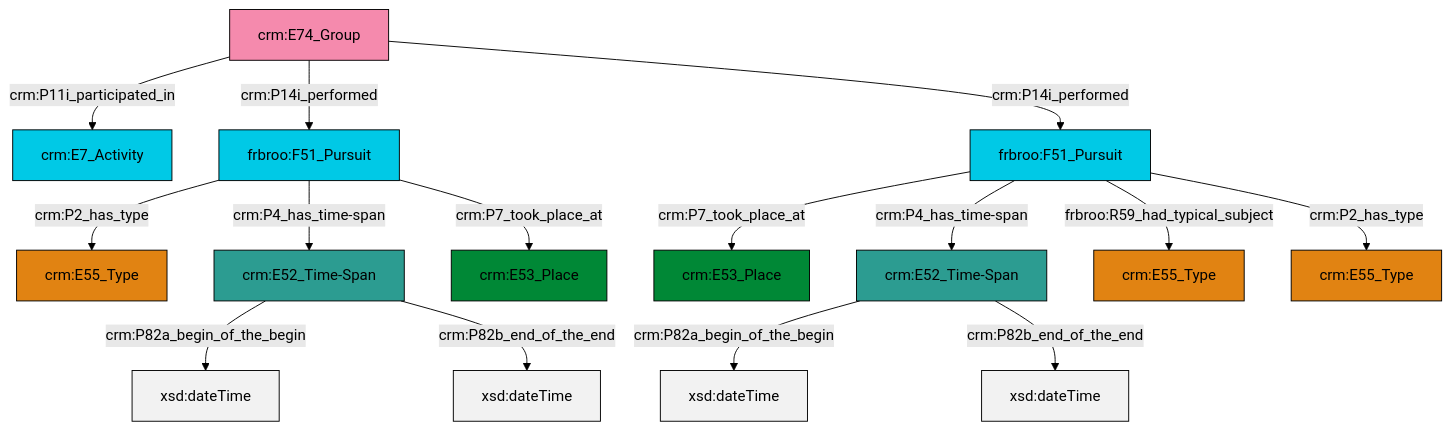
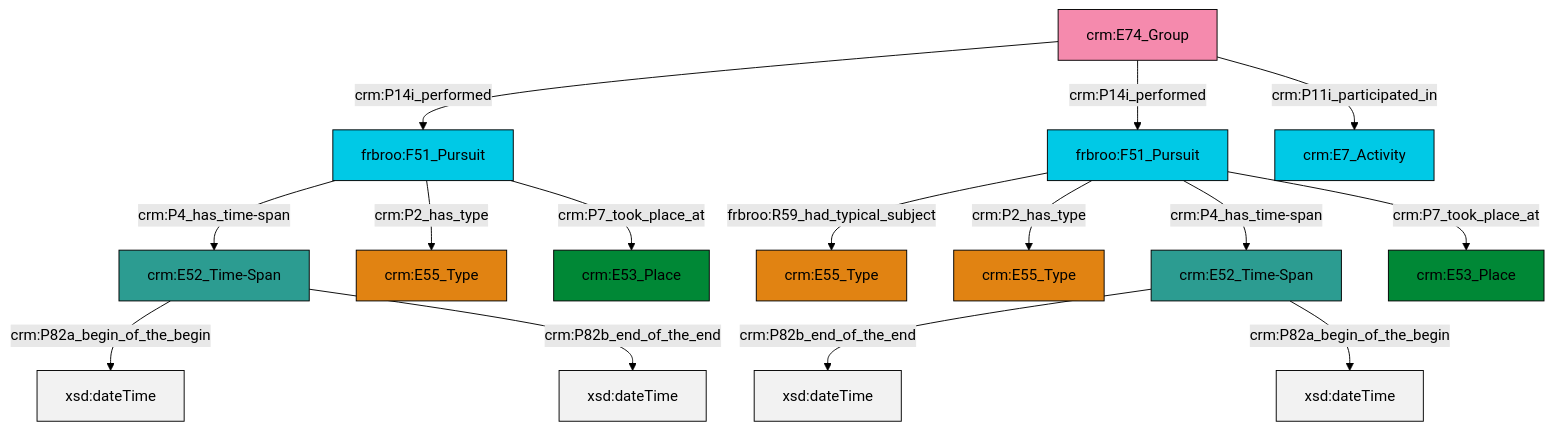
The diagram in et/groupCSV/ttl/mmd/group_events.ttl.mmd (swiss-art-research-net/reference-data-models), drawn with Mermaid (forest theme) before and after one commit. The commit also changed 128 other files, not shown here.

```diff
--- a/et/groupCSV/ttl/mmd/group_events.ttl.mmd
+++ b/et/groupCSV/ttl/mmd/group_events.ttl.mmd
@@ -1,29 +1,29 @@
 graph TD
 classDef Literal fill:#f2f2f2,stroke:#000000;
 classDef CRM_Entity fill:#FFFFFF,stroke:#000000;
 classDef Temporal_Entity fill:#00C9E6, stroke:#000000;
 classDef Type fill:#E18312, stroke:#000000;
 classDef Time-Span fill:#2C9C91, stroke:#000000;
 classDef Appellation fill:#FFEB7F, stroke:#000000;
 classDef Place fill:#008836, stroke:#000000;
 classDef Persistent_Item fill:#B266B2, stroke:#000000;
 classDef Conceptual_Object fill:#FFD700, stroke:#000000;
 classDef Physical_Thing fill:#D2B48C, stroke:#000000;
 classDef Actor fill:#f58aad, stroke:#000000;
 classDef PC_Classes fill:#4ce600, stroke:#000000;
 classDef Multi fill:#cccccc,stroke:#000000;
 
-4["crm:E74_Group"]:::Actor -->|crm:P11i_participated_in| 5["crm:E7_Activity"]:::Temporal_Entity
-6["frbroo:F51_Pursuit"]:::Temporal_Entity -->|crm:P2_has_type| 2["crm:E55_Type"]:::Type
-7["frbroo:F51_Pursuit"]:::Temporal_Entity -->|crm:P7_took_place_at| 0["crm:E53_Place"]:::Place
-7["frbroo:F51_Pursuit"]:::Temporal_Entity -->|crm:P4_has_time-span| 10["crm:E52_Time-Span"]:::Time-Span
-10["crm:E52_Time-Span"]:::Time-Span -->|crm:P82a_begin_of_the_begin| 13[xsd:dateTime]:::Literal
-6["frbroo:F51_Pursuit"]:::Temporal_Entity -->|crm:P4_has_time-span| 14["crm:E52_Time-Span"]:::Time-Span
-14["crm:E52_Time-Span"]:::Time-Span -->|crm:P82a_begin_of_the_begin| 15[xsd:dateTime]:::Literal
-4["crm:E74_Group"]:::Actor -->|crm:P14i_performed| 6["frbroo:F51_Pursuit"]:::Temporal_Entity
-4["crm:E74_Group"]:::Actor -->|crm:P14i_performed| 7["frbroo:F51_Pursuit"]:::Temporal_Entity
-7["frbroo:F51_Pursuit"]:::Temporal_Entity -->|frbroo:R59_had_typical_subject| 8["crm:E55_Type"]:::Type
-14["crm:E52_Time-Span"]:::Time-Span -->|crm:P82b_end_of_the_end| 22[xsd:dateTime]:::Literal
-10["crm:E52_Time-Span"]:::Time-Span -->|crm:P82b_end_of_the_end| 24[xsd:dateTime]:::Literal
-6["frbroo:F51_Pursuit"]:::Temporal_Entity -->|crm:P7_took_place_at| 16["crm:E53_Place"]:::Place
-7["frbroo:F51_Pursuit"]:::Temporal_Entity -->|crm:P2_has_type| 20["crm:E55_Type"]:::Type
+4["crm:E52_Time-Span"]:::Time-Span -->|crm:P82b_end_of_the_end| 5[xsd:dateTime]:::Literal
+6["crm:E52_Time-Span"]:::Time-Span -->|crm:P82a_begin_of_the_begin| 7[xsd:dateTime]:::Literal
+9["frbroo:F51_Pursuit"]:::Temporal_Entity -->|frbroo:R59_had_typical_subject| 2["crm:E55_Type"]:::Type
+10["frbroo:F51_Pursuit"]:::Temporal_Entity -->|crm:P4_has_time-span| 6["crm:E52_Time-Span"]:::Time-Span
+16["crm:E74_Group"]:::Actor -->|crm:P14i_performed| 10["frbroo:F51_Pursuit"]:::Temporal_Entity
+10["frbroo:F51_Pursuit"]:::Temporal_Entity -->|crm:P2_has_type| 14["crm:E55_Type"]:::Type
+10["frbroo:F51_Pursuit"]:::Temporal_Entity -->|crm:P7_took_place_at| 0["crm:E53_Place"]:::Place
+9["frbroo:F51_Pursuit"]:::Temporal_Entity -->|crm:P2_has_type| 11["crm:E55_Type"]:::Type
+9["frbroo:F51_Pursuit"]:::Temporal_Entity -->|crm:P4_has_time-span| 4["crm:E52_Time-Span"]:::Time-Span
+6["crm:E52_Time-Span"]:::Time-Span -->|crm:P82b_end_of_the_end| 23[xsd:dateTime]:::Literal
+4["crm:E52_Time-Span"]:::Time-Span -->|crm:P82a_begin_of_the_begin| 25[xsd:dateTime]:::Literal
+16["crm:E74_Group"]:::Actor -->|crm:P14i_performed| 9["frbroo:F51_Pursuit"]:::Temporal_Entity
+16["crm:E74_Group"]:::Actor -->|crm:P11i_participated_in| 21["crm:E7_Activity"]:::Temporal_Entity
+9["frbroo:F51_Pursuit"]:::Temporal_Entity -->|crm:P7_took_place_at| 18["crm:E53_Place"]:::Place
```
